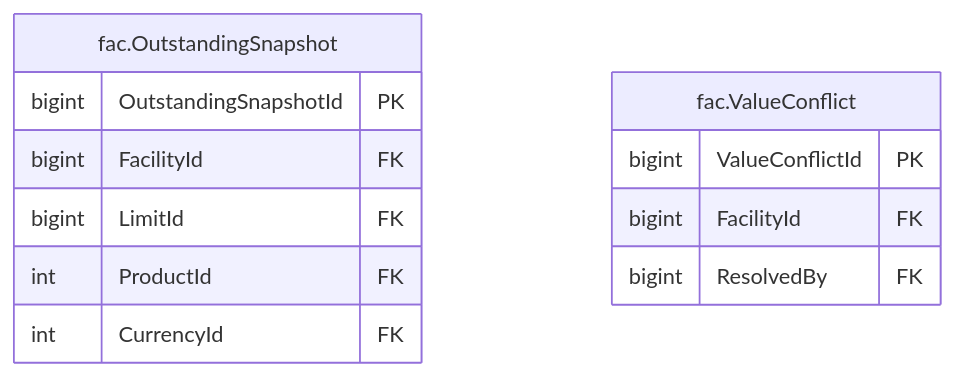
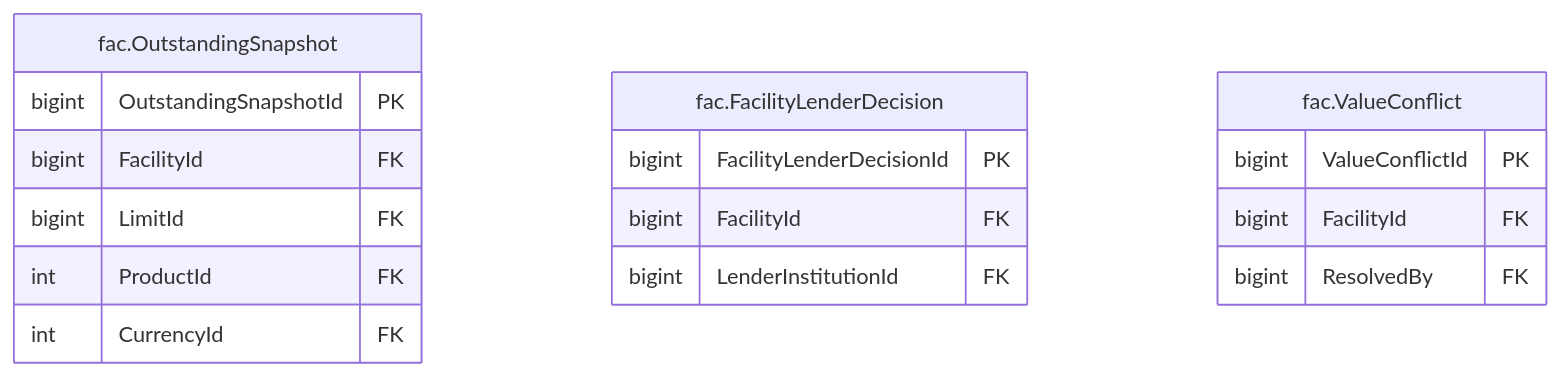
One commit to thawrasy/smartlines changed the diagram in treasury-platform/docs/diagrams/erd/m5_facility_core_2.mmd. Above: the diagram before and after it, drawn with Mermaid. The commit also changed 136 other files, not shown here.

First line of the commit message:
Record the lender's actual decision on each facility (owner's decision 33)

```diff
--- a/treasury-platform/docs/diagrams/erd/m5_facility_core_2.mmd
+++ b/treasury-platform/docs/diagrams/erd/m5_facility_core_2.mmd
@@ -1,14 +1,19 @@
 %% م5 · التسهيلات والمراجعات (2/2) — Facilities & revisions
 erDiagram
   fac_OutstandingSnapshot["fac.OutstandingSnapshot"] {
     bigint OutstandingSnapshotId PK
     bigint FacilityId FK
     bigint LimitId FK
     int ProductId FK
     int CurrencyId FK
   }
+  fac_FacilityLenderDecision["fac.FacilityLenderDecision"] {
+    bigint FacilityLenderDecisionId PK
+    bigint FacilityId FK
+    bigint LenderInstitutionId FK
+  }
   fac_ValueConflict["fac.ValueConflict"] {
     bigint ValueConflictId PK
     bigint FacilityId FK
     bigint ResolvedBy FK
   }
```
